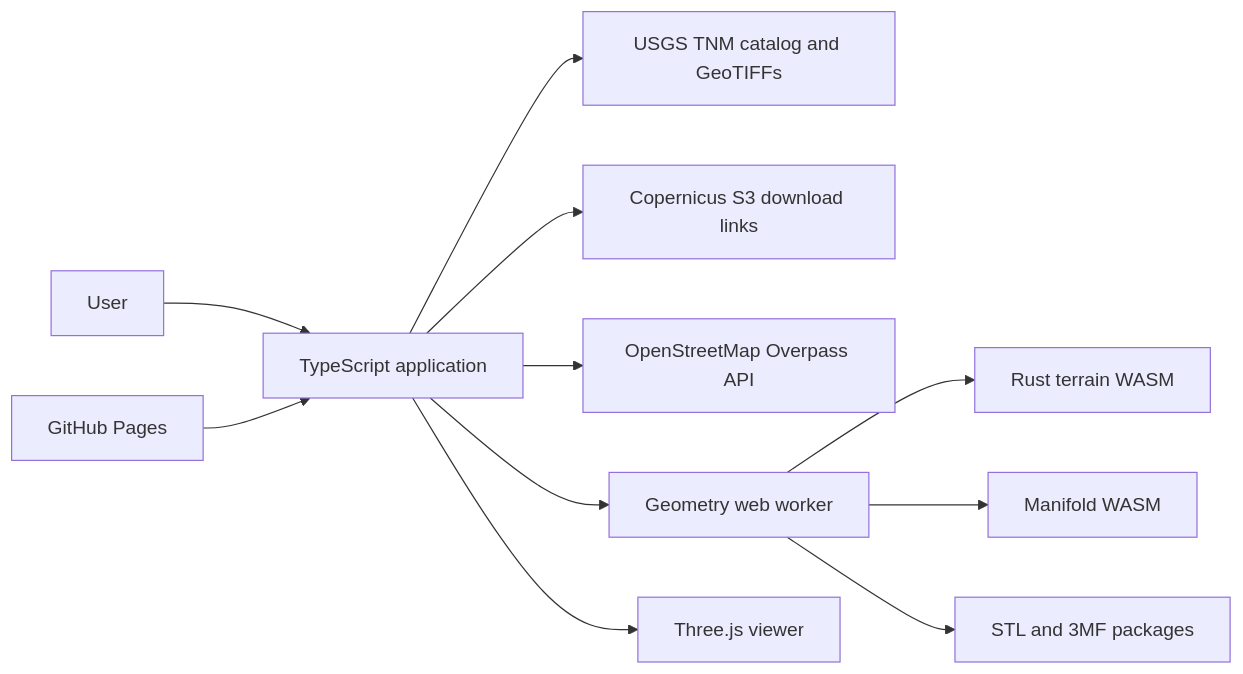
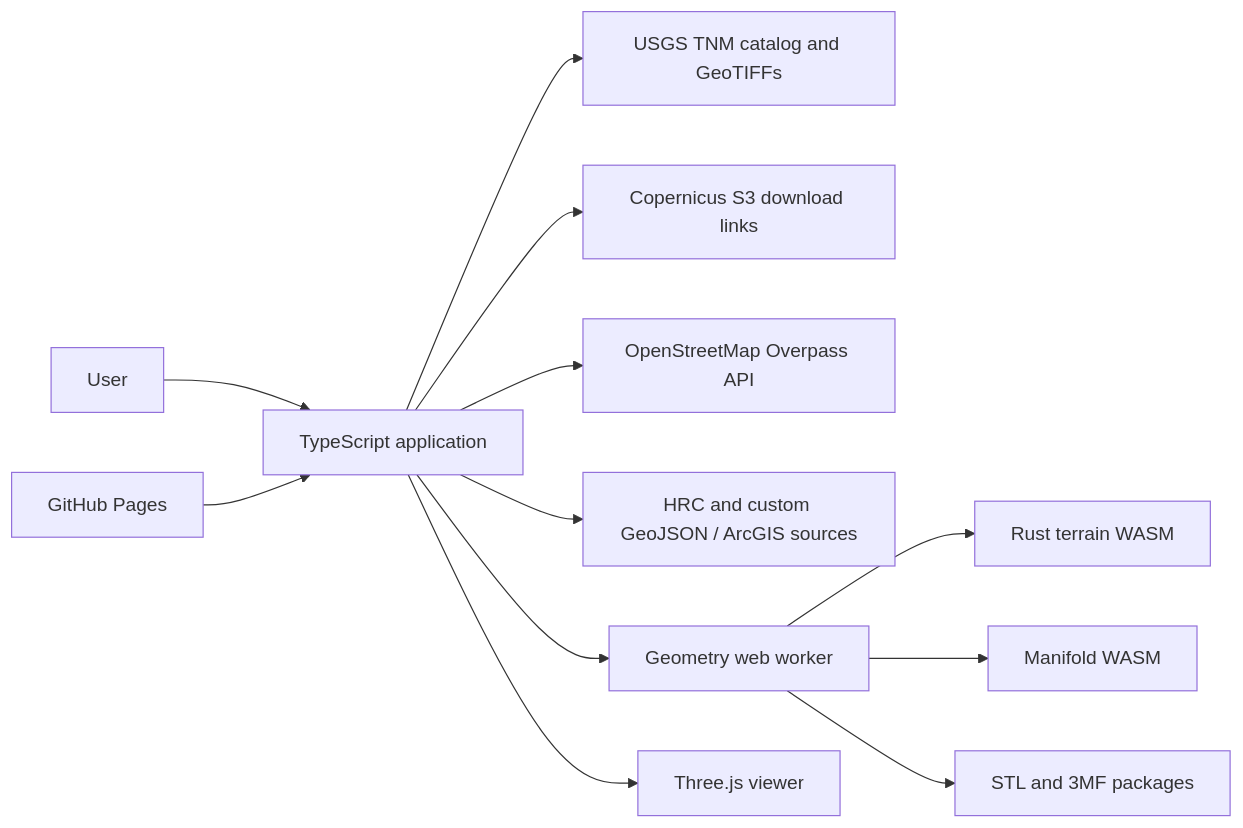
One commit to DavidIngraham/contour_workbench changed the diagram in HLD.md. Above: the diagram before and after it, drawn with Mermaid. The commit also changed other lines of this file and 22 other files, not shown here.

````diff
--- a/HLD.md
+++ b/HLD.md
@@ -15,13 +15,14 @@
 ```mermaid
 flowchart LR
   User[User] --> UI[TypeScript application]
   UI --> USGS[USGS TNM catalog and GeoTIFFs]
   UI --> COP[Copernicus S3 download links]
   UI --> OSM[OpenStreetMap Overpass API]
+  UI --> Features[HRC and custom GeoJSON / ArcGIS sources]
   UI --> Worker[Geometry web worker]
   Worker --> Rust[Rust terrain WASM]
   Worker --> Manifold[Manifold WASM]
   UI --> Viewer[Three.js viewer]
   Worker --> Export[STL and 3MF packages]
   Pages[GitHub Pages] --> UI
 ```
````
